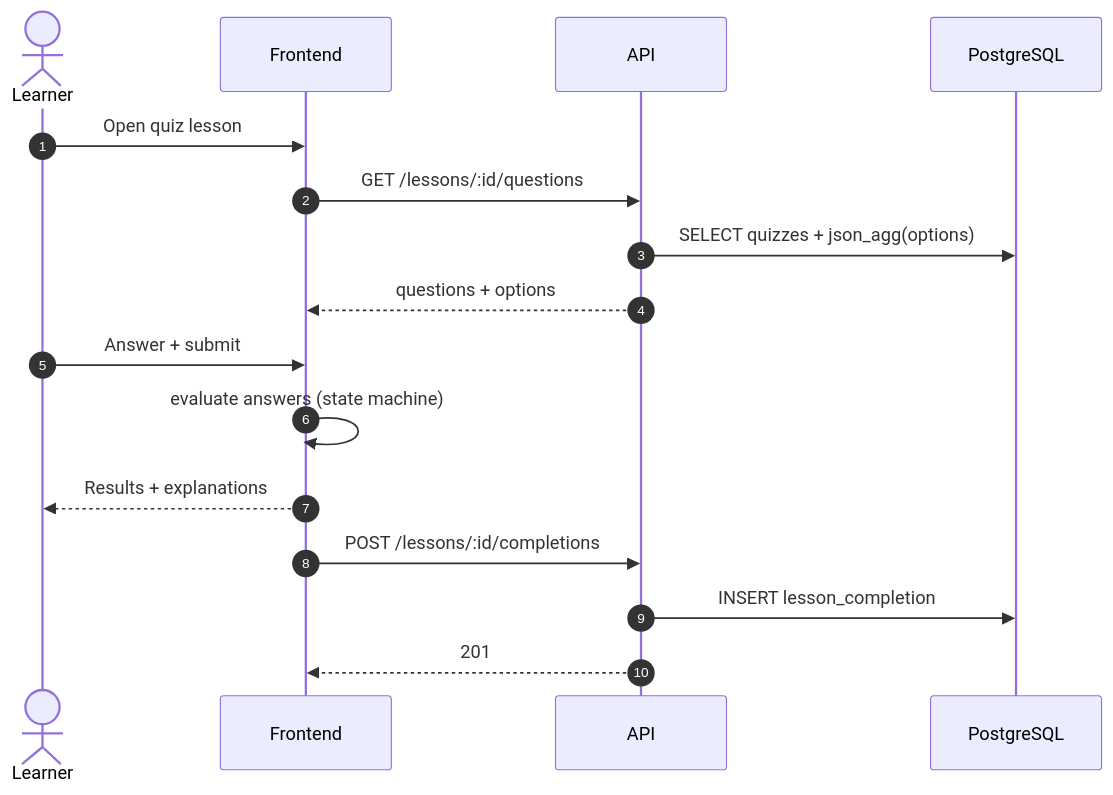
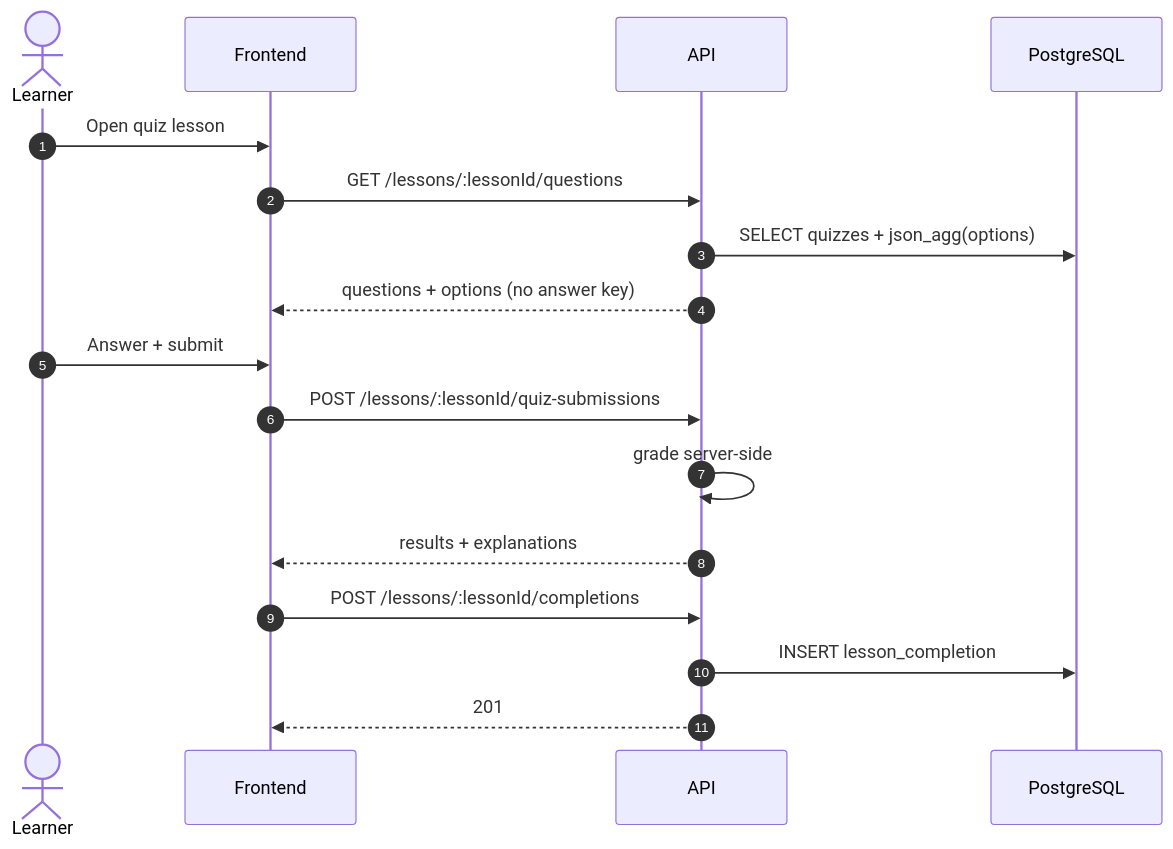
The sixth of 12 diagrams in docs/diagrams/sequence-diagrams.md (Rafy-Tho/LearnSphere), drawn with Mermaid before and after one commit. The commit also changed other lines of this file and 65 other files, not shown here.

````diff
--- a/docs/diagrams/sequence-diagrams.md
+++ b/docs/diagrams/sequence-diagrams.md
@@ -138,19 +138,20 @@
 ```mermaid
 sequenceDiagram
   autonumber
   actor L as Learner
   participant F as Frontend
   participant A as API
   participant DB as PostgreSQL
 
   L->>F: Open quiz lesson
-  F->>A: GET /lessons/:id/questions
+  F->>A: GET /lessons/:lessonId/questions
   A->>DB: SELECT quizzes + json_agg(options)
-  A-->>F: questions + options
+  A-->>F: questions + options (no answer key)
   L->>F: Answer + submit
-  F->>F: evaluate answers (state machine)
-  F-->>L: Results + explanations
-  F->>A: POST /lessons/:id/completions
+  F->>A: POST /lessons/:lessonId/quiz-submissions
+  A->>A: grade server-side
+  A-->>F: results + explanations
+  F->>A: POST /lessons/:lessonId/completions
   A->>DB: INSERT lesson_completion
   A-->>F: 201
 ```
````
